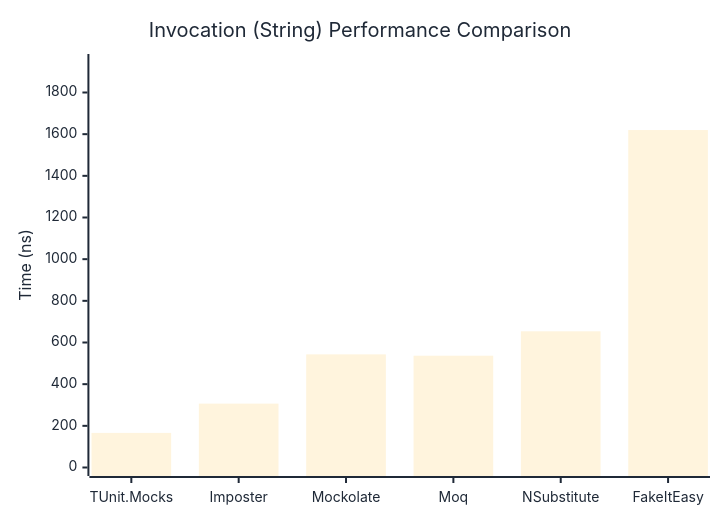
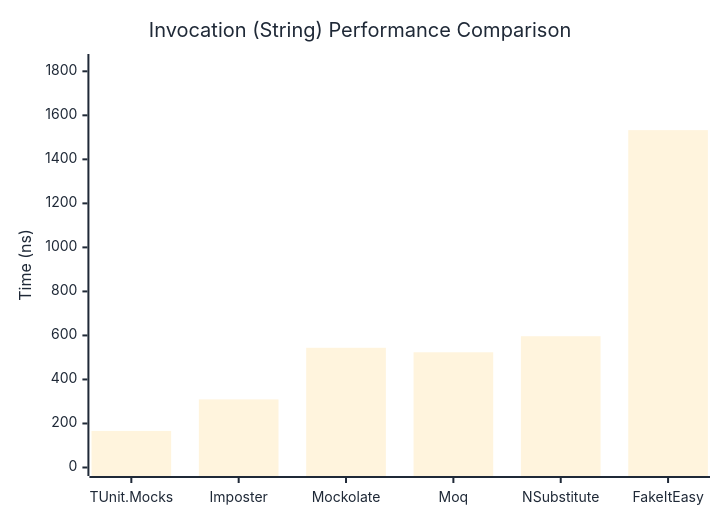
Before and after one commit to thomhurst/TUnit: the second of 3 diagrams in docs/docs/benchmarks/mocks/Invocation.md, drawn with Mermaid. The commit also changed other lines of this file and 14 other files, not shown here.

````diff
--- a/docs/docs/benchmarks/mocks/Invocation.md
+++ b/docs/docs/benchmarks/mocks/Invocation.md
@@ -69,27 +69,27 @@
 ```mermaid
 %%{init: {
   'theme':'base',
   'themeVariables': {
     'primaryColor': '#2563eb',
     'primaryTextColor': '#1f2937',
     'primaryBorderColor': '#1e40af',
     'lineColor': '#6b7280',
     'secondaryColor': '#7c3aed',
     'tertiaryColor': '#dc2626',
     'background': '#ffffff',
     'pie1': '#2563eb',
     'pie2': '#7c3aed',
     'pie3': '#dc2626',
     'pie4': '#f59e0b',
     'pie5': '#10b981',
     'pie6': '#06b6d4',
     'pie7': '#ec4899',
     'pie8': '#6366f1'
   }
 }}%%
 xychart-beta
   title "Invocation (String) Performance Comparison"
   x-axis ["TUnit.Mocks", "Imposter", "Mockolate", "Moq", "NSubstitute", "FakeItEasy"]
-  y-axis "Time (ns)" 0 --> 1944
-  bar [166.1, 306.7, 543, 536.6, 653.8, 1619.8]
+  y-axis "Time (ns)" 0 --> 1840
+  bar [166.1, 309.4, 543.9, 523.5, 596.4, 1532.7]
 ```
````
